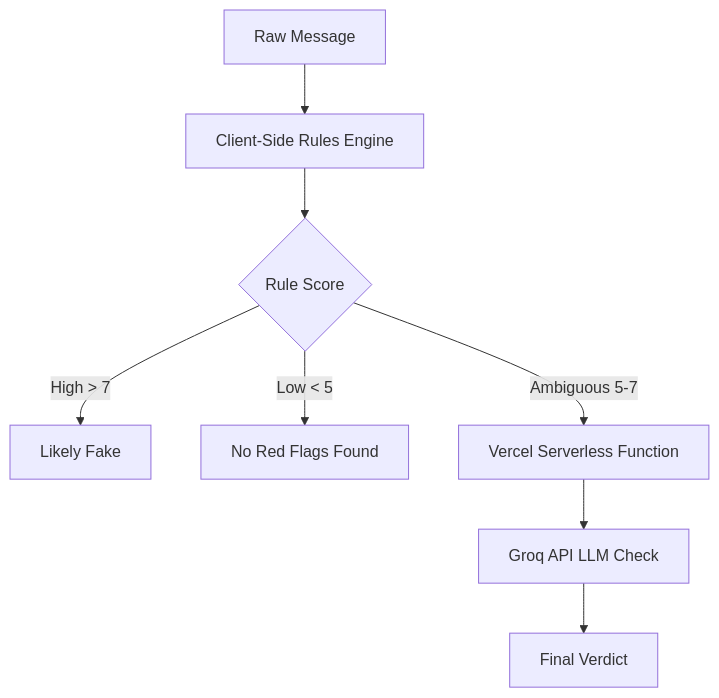
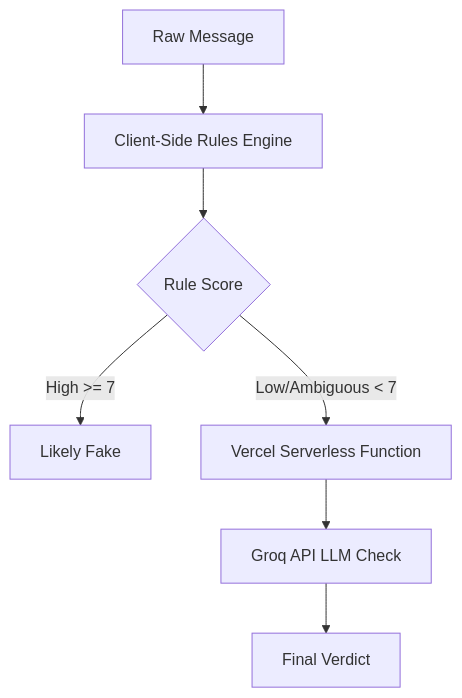
Before and after one commit to JosephJonathanFernandes/ScamRadar-for-Interns: the diagram in docs/ARCHITECTURE.md, drawn with Mermaid. The commit also changed other lines of this file and 4 other files, not shown here.

````diff
--- a/docs/ARCHITECTURE.md
+++ b/docs/ARCHITECTURE.md
@@ -7,10 +7,9 @@
 ```mermaid
 flowchart TD
     A[Raw Message] --> B[Client-Side Rules Engine]
     B --> C{Rule Score}
-    C -->|High > 7| D[Likely Fake]
-    C -->|Low < 5| E[No Red Flags Found]
-    C -->|Ambiguous 5-7| F[Vercel Serverless Function]
+    C -->|High >= 7| D[Likely Fake]
+    C -->|Low/Ambiguous < 7| F[Vercel Serverless Function]
     F --> G[Groq API LLM Check]
     G --> H[Final Verdict]
 ```
````
